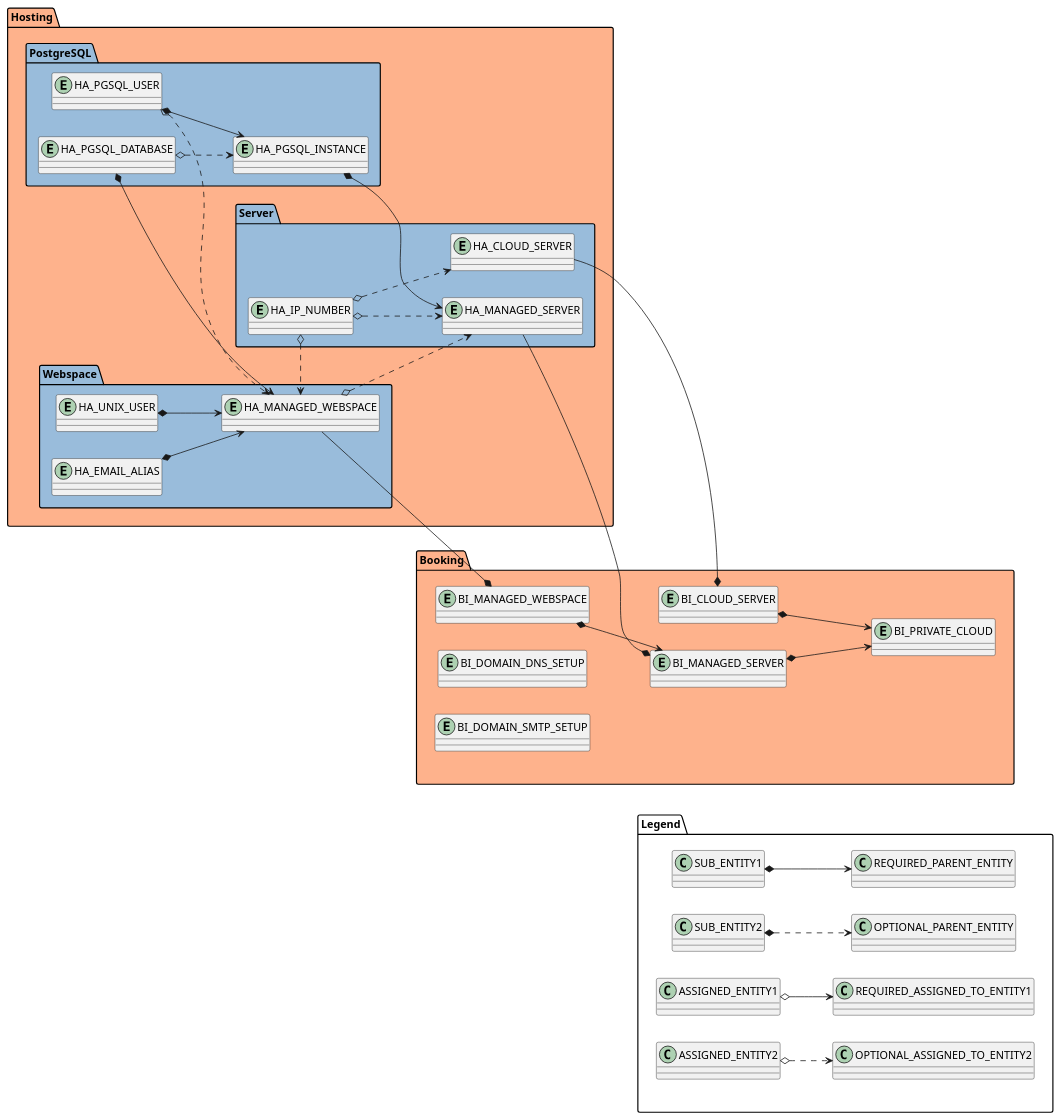
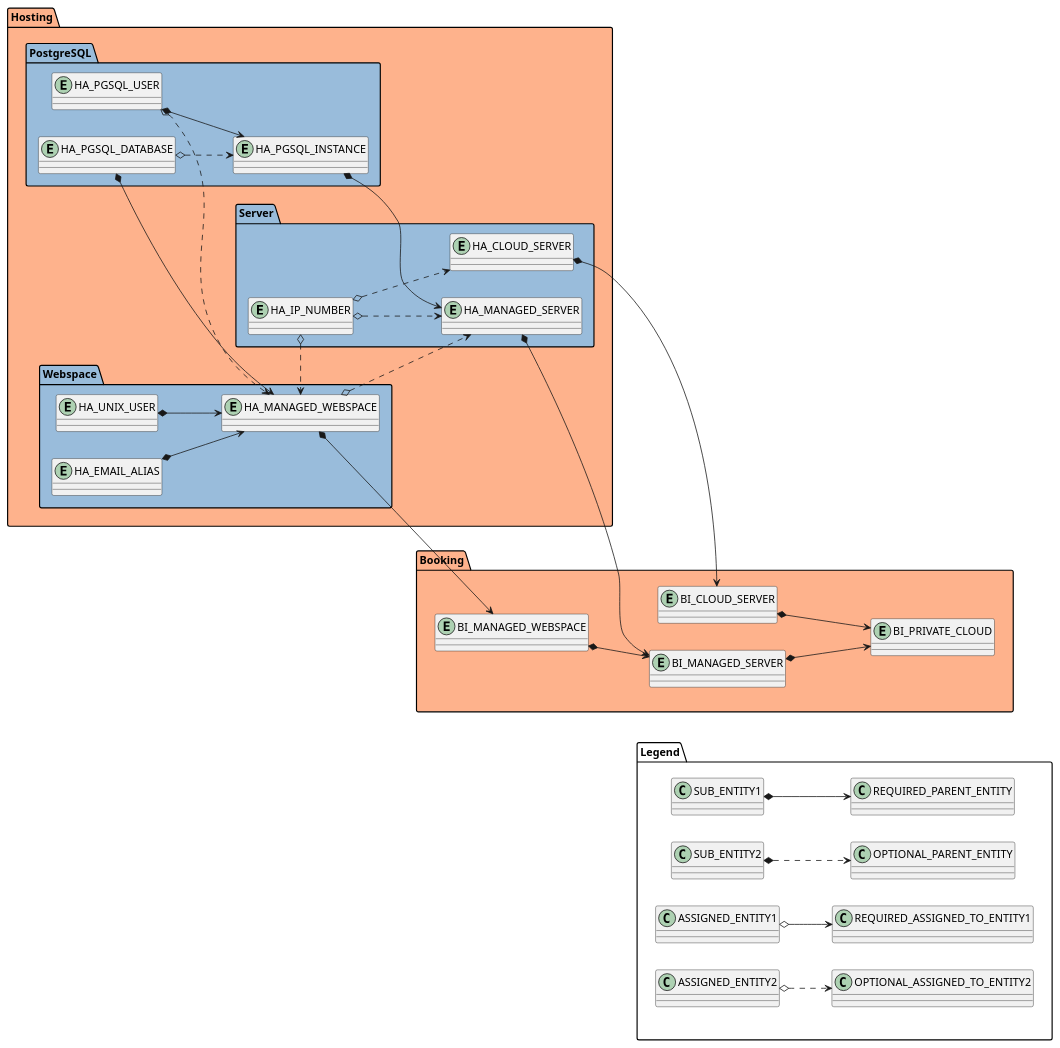
One commit to mhoennig/hs.hsadmin.ng changed the third of 3 diagrams in doc/hs-hosting-asset-type-structure.md. Above: the diagram before and after it, drawn with PlantUML. The commit also changed other lines of this file and 26 other files, not shown here.

Commit message:
add-mariadb-instance-database-and-user-validations (#75)

````diff
--- a/doc/hs-hosting-asset-type-structure.md
+++ b/doc/hs-hosting-asset-type-structure.md
@@ -138,61 +138,59 @@
 ```plantuml
 @startuml
 left to right direction
 
 package Booking #feb28c {
     entity BI_PRIVATE_CLOUD
     entity BI_CLOUD_SERVER
     entity BI_MANAGED_SERVER
     entity BI_MANAGED_WEBSPACE
-    entity BI_DOMAIN_DNS_SETUP
-    entity BI_DOMAIN_SMTP_SETUP
 }
 
 package Hosting #feb28c{
     package PostgreSQL #99bcdb {
-        entity HA_PGSQL_INSTANCE        
-        entity HA_PGSQL_USER        
+        entity HA_PGSQL_INSTANCE
+        entity HA_PGSQL_USER
         entity HA_PGSQL_DATABASE
     }
 
     package Server #99bcdb {
-        entity HA_CLOUD_SERVER        
-        entity HA_MANAGED_SERVER        
+        entity HA_CLOUD_SERVER
+        entity HA_MANAGED_SERVER
         entity HA_IP_NUMBER
     }
 
     package Webspace #99bcdb {
-        entity HA_MANAGED_WEBSPACE        
-        entity HA_UNIX_USER        
+        entity HA_MANAGED_WEBSPACE
+        entity HA_UNIX_USER
         entity HA_EMAIL_ALIAS
     }
 
 }
 
 BI_CLOUD_SERVER *--> BI_PRIVATE_CLOUD
 BI_MANAGED_SERVER *--> BI_PRIVATE_CLOUD
 BI_MANAGED_WEBSPACE *--> BI_MANAGED_SERVER
 
-HA_CLOUD_SERVER ==* BI_CLOUD_SERVER
-HA_MANAGED_SERVER ==* BI_MANAGED_SERVER
-HA_MANAGED_WEBSPACE ==* BI_MANAGED_WEBSPACE
+HA_CLOUD_SERVER *==> BI_CLOUD_SERVER
+HA_MANAGED_SERVER *==> BI_MANAGED_SERVER
+HA_MANAGED_WEBSPACE *==> BI_MANAGED_WEBSPACE
 HA_MANAGED_WEBSPACE o..> HA_MANAGED_SERVER
 HA_UNIX_USER *==> HA_MANAGED_WEBSPACE
 HA_EMAIL_ALIAS *==> HA_MANAGED_WEBSPACE
 HA_PGSQL_INSTANCE *==> HA_MANAGED_SERVER
 HA_PGSQL_USER *==> HA_PGSQL_INSTANCE
 HA_PGSQL_USER o..> HA_MANAGED_WEBSPACE
 HA_PGSQL_DATABASE *==> HA_MANAGED_WEBSPACE
 HA_PGSQL_DATABASE o..> HA_PGSQL_INSTANCE
 HA_IP_NUMBER o..> HA_CLOUD_SERVER
 HA_IP_NUMBER o..> HA_MANAGED_SERVER
 HA_IP_NUMBER o..> HA_MANAGED_WEBSPACE
 
 package Legend #white {
     SUB_ENTITY1 *--> REQUIRED_PARENT_ENTITY
     SUB_ENTITY2 *..> OPTIONAL_PARENT_ENTITY
     ASSIGNED_ENTITY1 o--> REQUIRED_ASSIGNED_TO_ENTITY1
     ASSIGNED_ENTITY2 o..> OPTIONAL_ASSIGNED_TO_ENTITY2
 }
 Booking -down[hidden]->Legend
 ```
````
